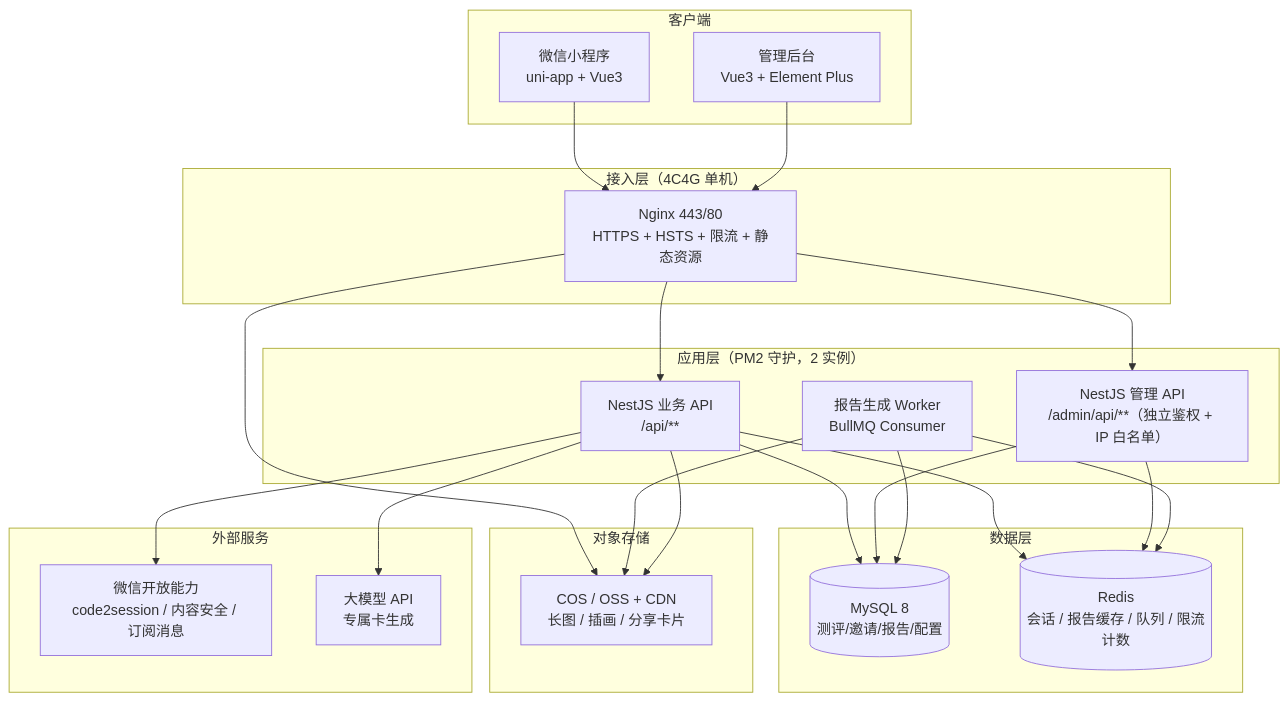
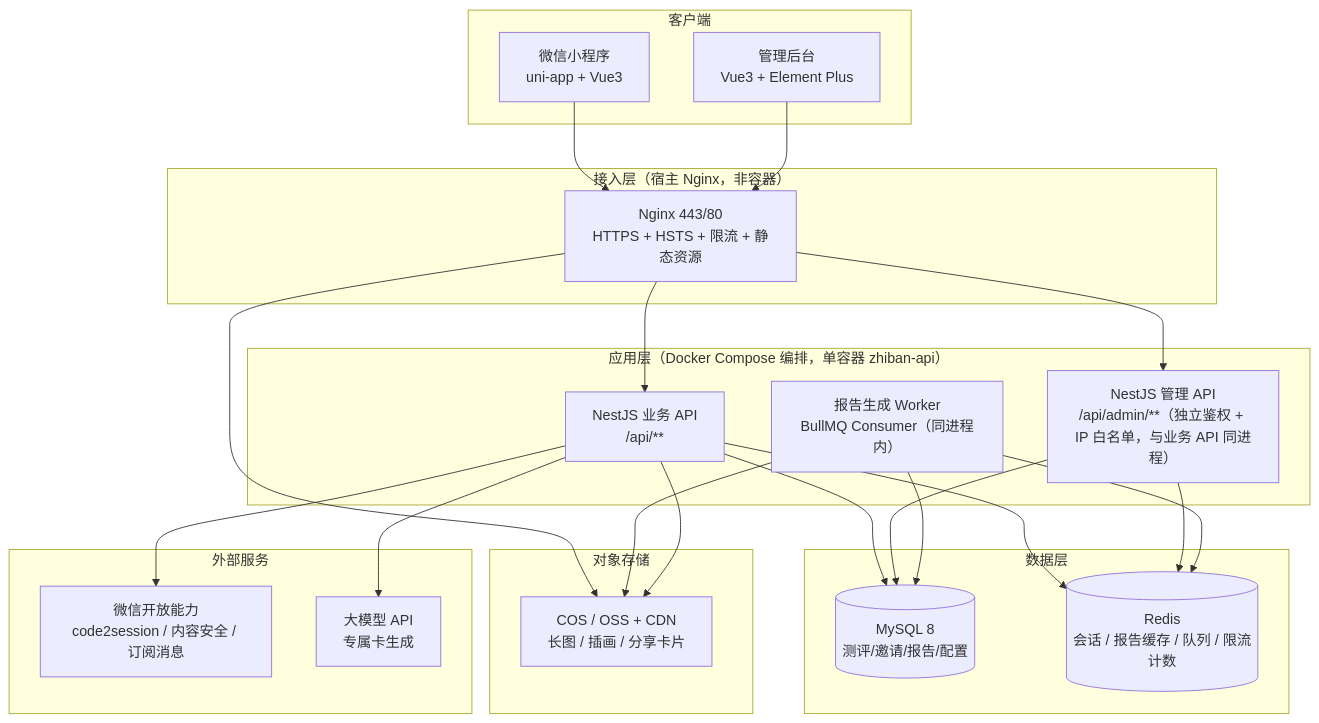
Before and after one commit to Abuab/zhiban: the first of 5 diagrams in docs/architecture.md, drawn with Mermaid. The commit also changed other lines of this file and 4 other files, not shown here.

````diff
--- a/docs/architecture.md
+++ b/docs/architecture.md
@@ -31,47 +31,47 @@
 ```mermaid
 flowchart TB
     subgraph Client["客户端"]
         MP["微信小程序<br/>uni-app + Vue3"]
         ADMIN["管理后台<br/>Vue3 + Element Plus"]
     end
 
-    subgraph Edge["接入层（4C4G 单机）"]
+    subgraph Edge["接入层（宿主 Nginx，非容器）"]
         NGX["Nginx 443/80<br/>HTTPS + HSTS + 限流 + 静态资源"]
     end
 
-    subgraph App["应用层（PM2 守护，2 实例）"]
+    subgraph App["应用层（Docker Compose 编排，单容器 zhiban-api）"]
         API["NestJS 业务 API<br/>/api/**"]
-        ADMAPI["NestJS 管理 API<br/>/admin/api/**（独立鉴权 + IP 白名单）"]
-        WORKER["报告生成 Worker<br/>BullMQ Consumer"]
+        ADMAPI["NestJS 管理 API<br/>/api/admin/**（独立鉴权 + IP 白名单，与业务 API 同进程）"]
+        WORKER["报告生成 Worker<br/>BullMQ Consumer（同进程内）"]
     end
 
     subgraph Data["数据层"]
         MYSQL[("MySQL 8<br/>测评/邀请/报告/配置")]
         REDIS[("Redis<br/>会话 / 报告缓存 / 队列 / 限流计数")]
     end
 
     subgraph Storage["对象存储"]
         COS["COS / OSS + CDN<br/>长图 / 插画 / 分享卡片"]
     end
 
     subgraph External["外部服务"]
         WX["微信开放能力<br/>code2session / 内容安全 / 订阅消息"]
         LLM["大模型 API<br/>专属卡生成"]
     end
 
     MP --> NGX
     ADMIN --> NGX
     NGX --> API
     NGX --> ADMAPI
     NGX --> COS
     API --> MYSQL
     API --> REDIS
     ADMAPI --> MYSQL
     ADMAPI --> REDIS
     WORKER --> MYSQL
     WORKER --> REDIS
     API --> WX
     API --> LLM
     WORKER --> COS
     API --> COS
 ```
````
